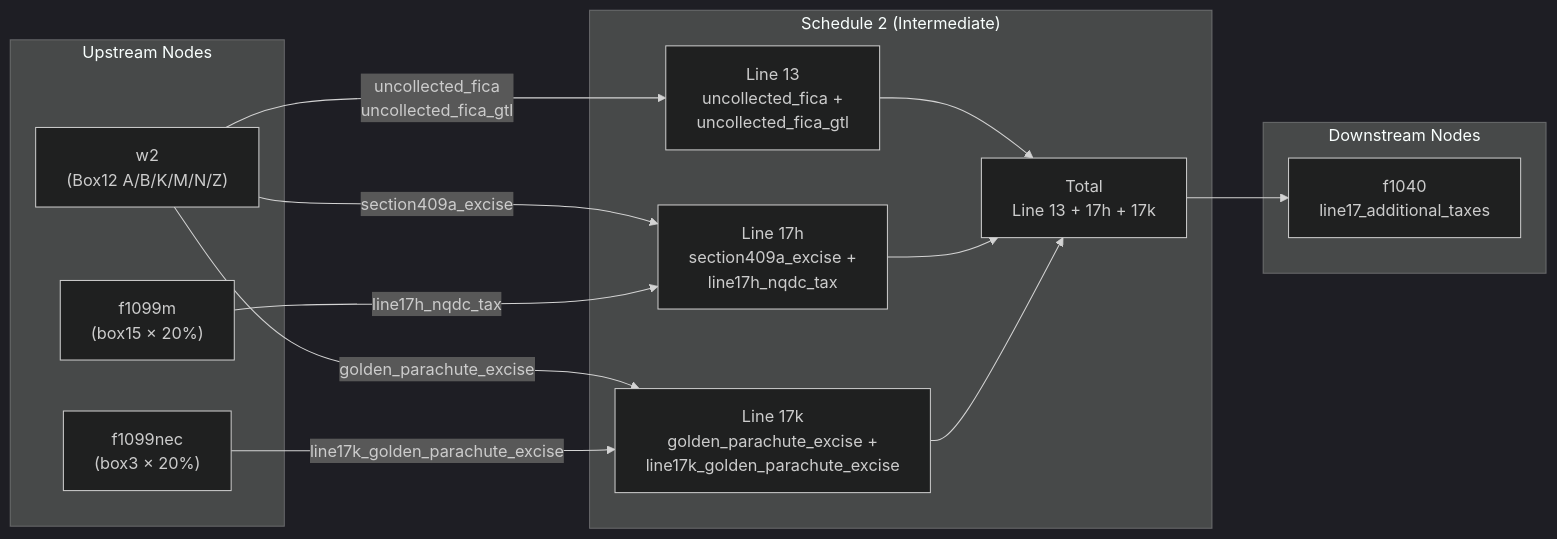
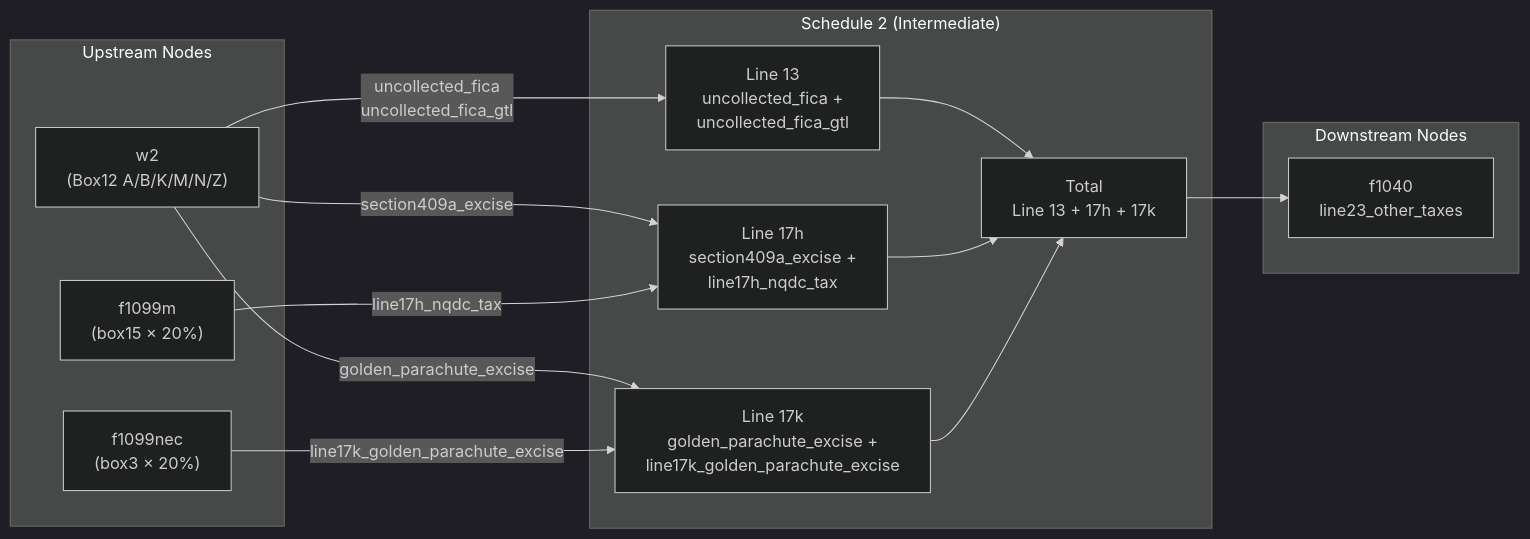
Before and after one commit to filedcom/opentax: the diagram in forms/f1040/nodes/intermediate/aggregation/schedule2/research/context.md, drawn with Mermaid (dark theme). The commit also changed other lines of this file and 17 other files, not shown here.

````diff
--- a/forms/f1040/nodes/intermediate/aggregation/schedule2/research/context.md
+++ b/forms/f1040/nodes/intermediate/aggregation/schedule2/research/context.md
@@ -84,26 +83,26 @@
 ```mermaid
 flowchart LR
   subgraph inputs["Upstream Nodes"]
     w2["w2\n(Box12 A/B/K/M/N/Z)"]
     nec["f1099nec\n(box3 × 20%)"]
     misc["f1099m\n(box15 × 20%)"]
   end
   subgraph form["Schedule 2 (Intermediate)"]
     L13["Line 13\nuncollected_fica +\nuncollected_fica_gtl"]
     L17h["Line 17h\nsection409a_excise +\nline17h_nqdc_tax"]
     L17k["Line 17k\ngolden_parachute_excise +\nline17k_golden_parachute_excise"]
     total["Total\nLine 13 + 17h + 17k"]
   end
   subgraph outputs["Downstream Nodes"]
-    f1040["f1040\nline17_additional_taxes"]
+    f1040["f1040\nline23_other_taxes"]
   end
   w2 -->|uncollected_fica\nuncollected_fica_gtl| L13
   w2 -->|section409a_excise| L17h
   w2 -->|golden_parachute_excise| L17k
   nec -->|line17k_golden_parachute_excise| L17k
   misc -->|line17h_nqdc_tax| L17h
   L13 --> total
   L17h --> total
   L17k --> total
   total --> f1040
 ```
````
